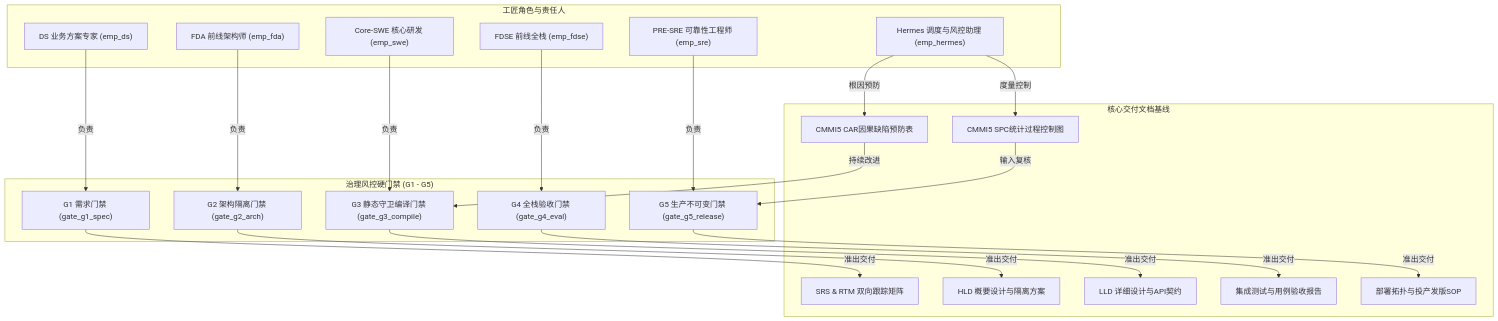
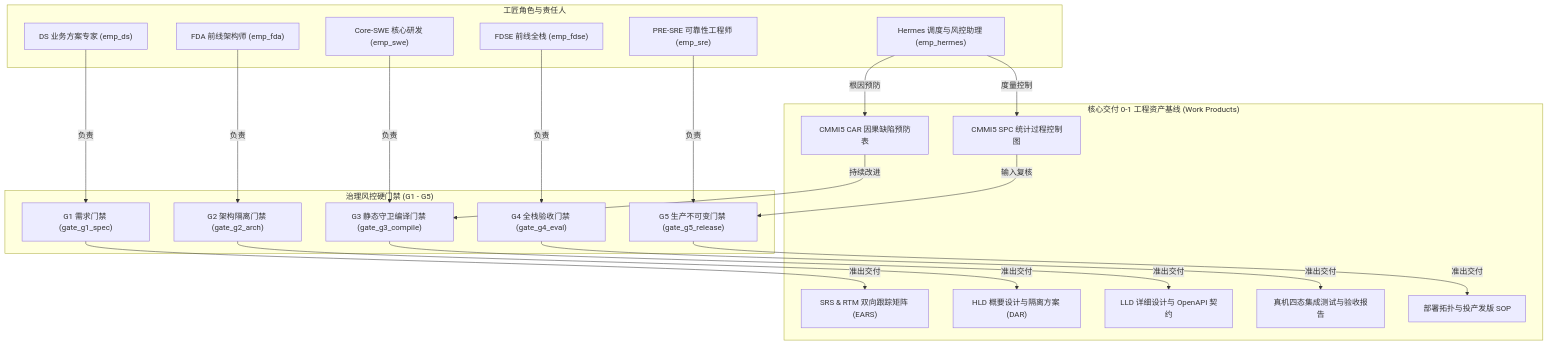
The diagram in docs-coolie/CMMI-ROLE-GOVERNANCE.md (xaicd/coolie), drawn with Mermaid before and after one commit. The commit also changed other lines of this file and 437 other files, not shown here.

````diff
--- a/docs-coolie/CMMI-ROLE-GOVERNANCE.md
+++ b/docs-coolie/CMMI-ROLE-GOVERNANCE.md
@@ -25,49 +30,49 @@
 ```mermaid
 graph TD
     subgraph Roles ["工匠角色与责任人"]
         ds["DS 业务方案专家 (emp_ds)"]
         fda["FDA 前线架构师 (emp_fda)"]
         swe["Core-SWE 核心研发 (emp_swe)"]
         fdse["FDSE 前线全栈 (emp_fdse)"]
         sre["PRE-SRE 可靠性工程师 (emp_sre)"]
         hermes["Hermes 调度与风控助理 (emp_hermes)"]
     end
 
     subgraph Gates ["治理风控硬门禁 (G1 - G5)"]
         g1["G1 需求门禁 (gate_g1_spec)"]
         g2["G2 架构隔离门禁 (gate_g2_arch)"]
         g3["G3 静态守卫编译门禁 (gate_g3_compile)"]
         g4["G4 全栈验收门禁 (gate_g4_eval)"]
         g5["G5 生产不可变门禁 (gate_g5_release)"]
     end
 
-    subgraph Docs ["核心交付文档基线"]
-        d_srs["SRS & RTM 双向跟踪矩阵"]
-        d_hld["HLD 概要设计与隔离方案"]
-        d_lld["LLD 详细设计与API契约"]
-        d_test["集成测试与用例验收报告"]
-        d_sop["部署拓扑与投产发版SOP"]
-        d_spc["CMMI5 SPC统计过程控制图"]
-        d_car["CMMI5 CAR因果缺陷预防表"]
+    subgraph Docs ["核心交付 0-1 工程资产基线 (Work Products)"]
+        d_srs["SRS & RTM 双向跟踪矩阵 (EARS)"]
+        d_hld["HLD 概要设计与隔离方案 (DAR)"]
+        d_lld["LLD 详细设计与 OpenAPI 契约"]
+        d_test["真机四态集成测试与验收报告"]
+        d_sop["部署拓扑与投产发版 SOP"]
+        d_spc["CMMI5 SPC 统计过程控制图"]
+        d_car["CMMI5 CAR 因果缺陷预防表"]
     end
 
     ds -->|负责| g1
     g1 -->|准出交付| d_srs
 
     fda -->|负责| g2
     g2 -->|准出交付| d_hld
 
     swe -->|负责| g3
     g3 -->|准出交付| d_lld
 
     fdse -->|负责| g4
     g4 -->|准出交付| d_test
 
     sre -->|负责| g5
     g5 -->|准出交付| d_sop
 
     hermes -->|度量控制| d_spc
     hermes -->|根因预防| d_car
     d_spc -->|输入复核| g5
     d_car -->|持续改进| g3
 ```
````
